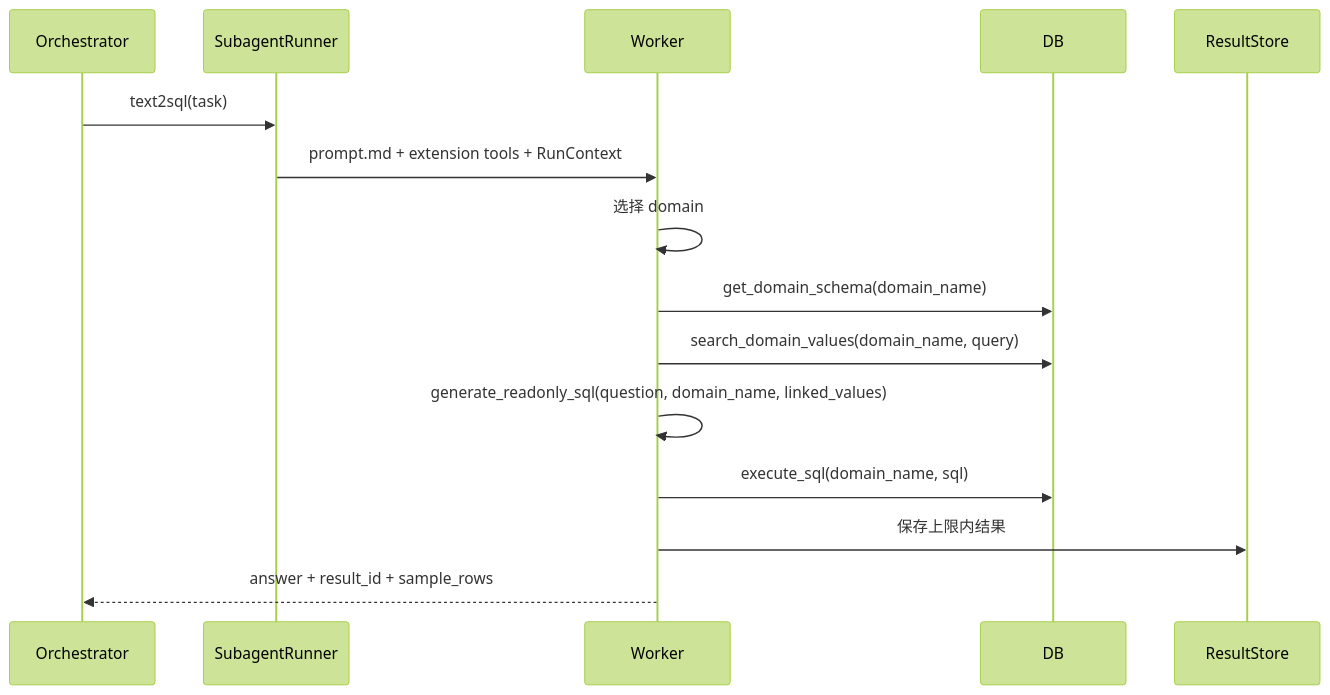
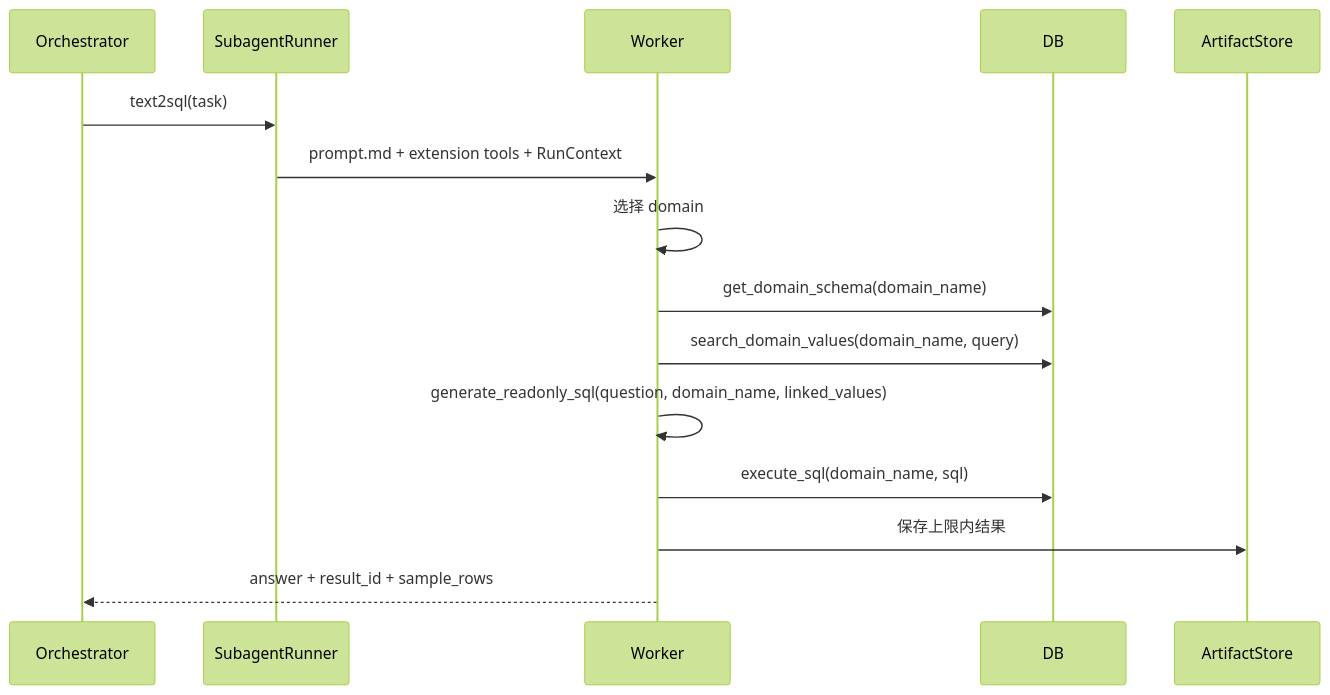
Before and after one commit to chick26/agentweave: the diagram in docs/architecture/05-text2sql-subagent.md, drawn with Mermaid (forest theme). The commit also changed other lines of this file and 69 other files, not shown here.

````diff
--- a/docs/architecture/05-text2sql-subagent.md
+++ b/docs/architecture/05-text2sql-subagent.md
@@ -11,12 +15,12 @@
 ```mermaid
 sequenceDiagram
     Orchestrator->>SubagentRunner: text2sql(task)
     SubagentRunner->>Worker: prompt.md + extension tools + RunContext
     Worker->>Worker: 选择 domain
     Worker->>DB: get_domain_schema(domain_name)
     Worker->>DB: search_domain_values(domain_name, query)
     Worker->>Worker: generate_readonly_sql(question, domain_name, linked_values)
     Worker->>DB: execute_sql(domain_name, sql)
-    Worker->>ResultStore: 保存上限内结果
+    Worker->>ArtifactStore: 保存上限内结果
     Worker-->>Orchestrator: answer + result_id + sample_rows
 ```
````
